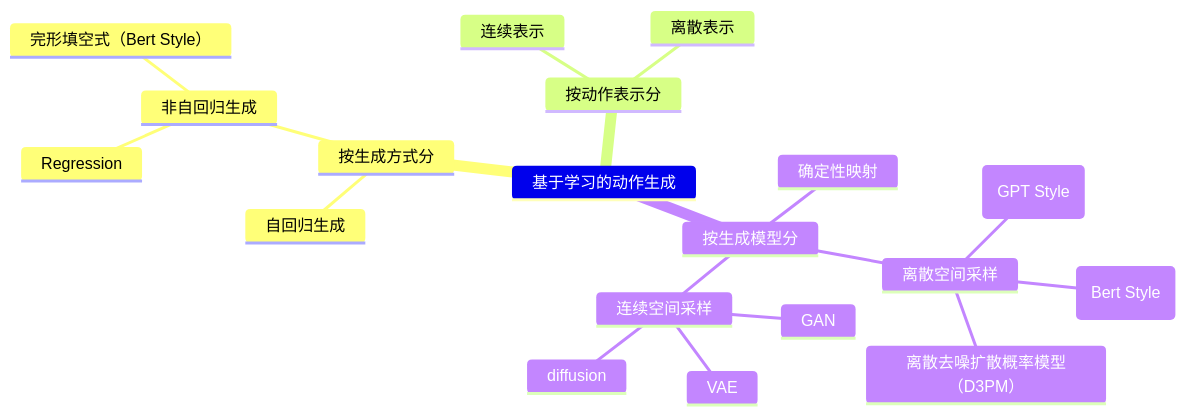
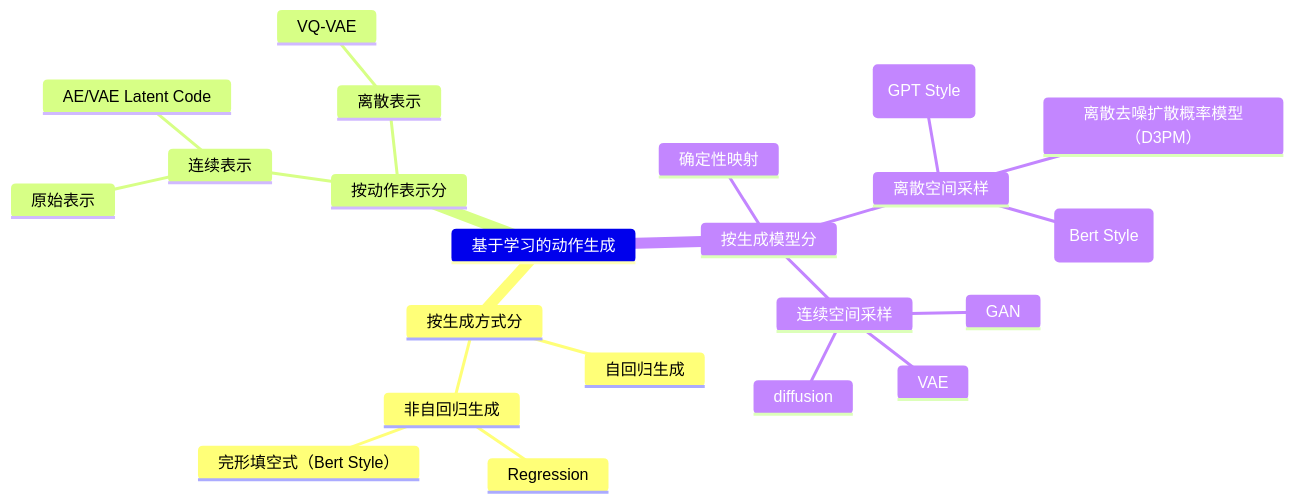
One commit to CaterpillarStudyGroup/ImportantArticles changed the diagram in src/CharacterAnimation/HumanMotionGenerationSummary.md. Above: the diagram before and after it, drawn with Mermaid. The commit also changed other lines of this file and 3 other files, not shown here.

````diff
--- a/src/CharacterAnimation/HumanMotionGenerationSummary.md
+++ b/src/CharacterAnimation/HumanMotionGenerationSummary.md
@@ -4,22 +4,25 @@
 ```mermaid
 mindmap
 基于学习的动作生成
     按生成方式分
         自回归生成
         非自回归生成
             Regression
             完形填空式（Bert Style）
     按动作表示分
         连续表示
+            原始表示
+            AE/VAE Latent Code
         离散表示
+            VQ-VAE
     按生成模型分
         确定性映射
         离散空间采样
             离散分布采样(GPT Style)
             掩码语言模型(Bert Style)
             离散去噪扩散概率模型（D3PM）
         连续空间采样
             VAE
             GAN
             diffusion
 ```
````
